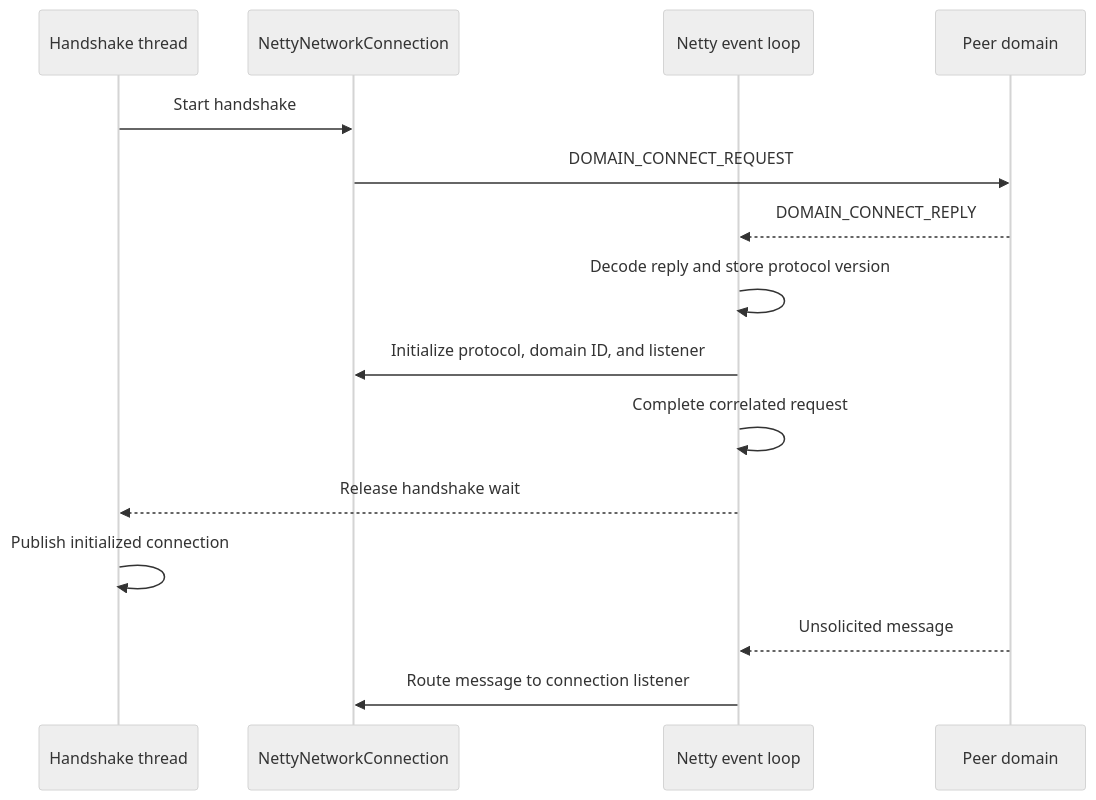
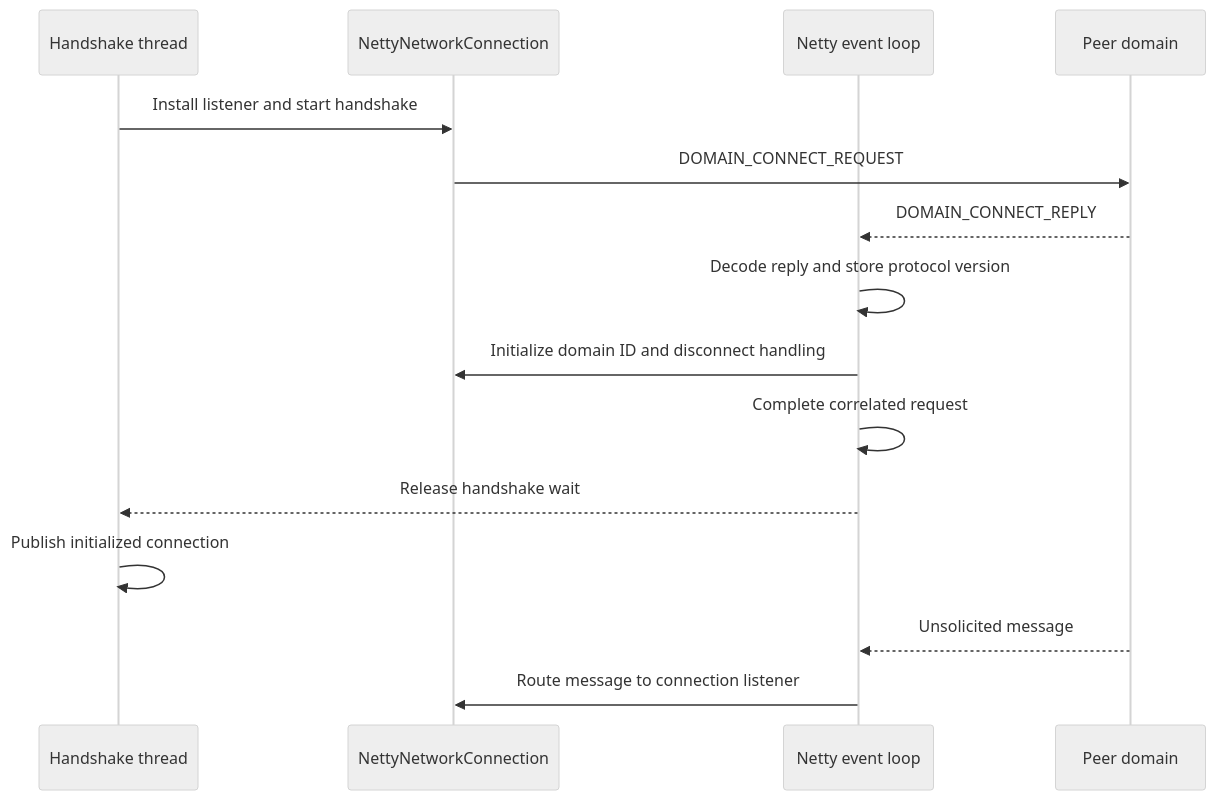
Before and after one commit to casualcore/casual-java: the diagram in outbound-handshake.md, drawn with Mermaid (neutral theme). The commit also changed other lines of this file and 8 other files, not shown here.

````diff
--- a/outbound-handshake.md
+++ b/outbound-handshake.md
@@ -27,18 +29,18 @@
 ```mermaid
 sequenceDiagram
     participant H as Handshake thread
     participant C as NettyNetworkConnection
     participant E as Netty event loop
     participant P as Peer domain
 
-    H->>C: Start handshake
+    H->>C: Install listener and start handshake
     C->>P: DOMAIN_CONNECT_REQUEST
     P-->>E: DOMAIN_CONNECT_REPLY
     E->>E: Decode reply and store protocol version
-    E->>C: Initialize protocol, domain ID, and listener
+    E->>C: Initialize domain ID and disconnect handling
     E->>E: Complete correlated request
     E-->>H: Release handshake wait
     H->>H: Publish initialized connection
     P-->>E: Unsolicited message
     E->>C: Route message to connection listener
 ```
````
